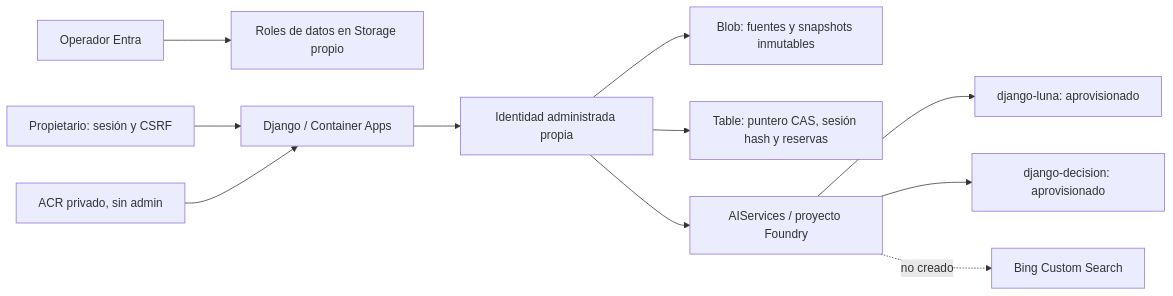
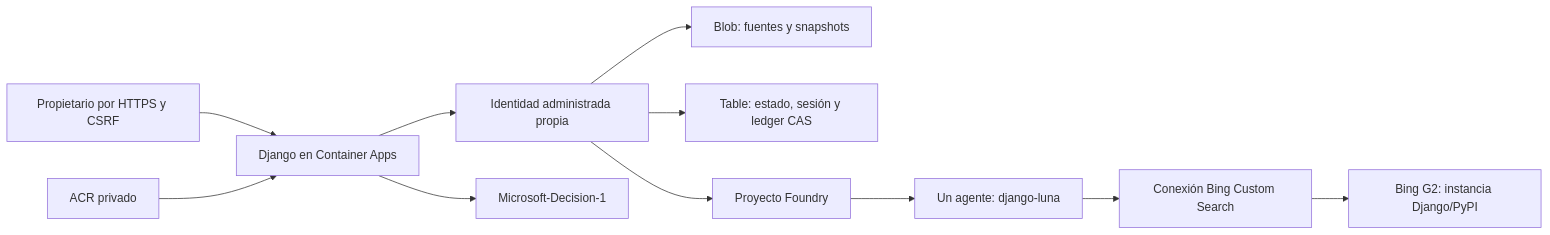
One commit to sboludaf/foundry-django-upgrade-evidence-lab changed the diagram in docs/architecture.md. Above: the diagram before and after it, drawn with Mermaid. The commit also changed other lines of this file and 10 other files, not shown here.

````diff
--- a/docs/architecture.md
+++ b/docs/architecture.md
@@ -7,13 +7,13 @@
 ```mermaid
 flowchart LR
-  O[Operador Entra] --> RB[Roles de datos en Storage propio]
-  U[Propietario: sesión y CSRF] --> W[Django / Container Apps]
-  R[ACR privado, sin admin] --> W
+  U[Propietario por HTTPS y CSRF] --> W[Django en Container Apps]
+  R[ACR privado] --> W
   W --> MI[Identidad administrada propia]
-  MI --> S[Blob: fuentes y snapshots inmutables]
-  MI --> T[Table: puntero CAS, sesión hash y reservas]
-  MI --> A[AIServices / proyecto Foundry]
-  A --> L[django-luna: aprovisionado]
-  A --> D[django-decision: aprovisionado]
-  A -. no creado .-> B[Bing Custom Search]
+  MI --> S[Blob: fuentes y snapshots]
+  MI --> T[Table: estado, sesión y ledger CAS]
+  MI --> A[Proyecto Foundry]
+  A --> L[Un agente: django-luna]
+  L --> C[Conexión Bing Custom Search]
+  C --> B[Bing G2: instancia Django/PyPI]
+  W --> D[Microsoft-Decision-1]
 ```
````
